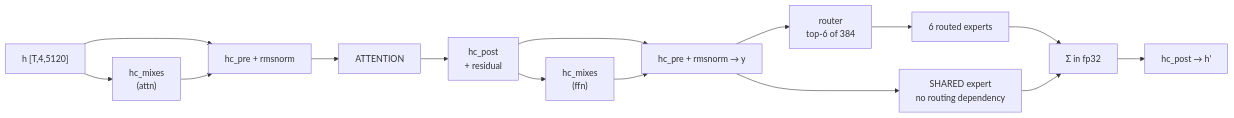
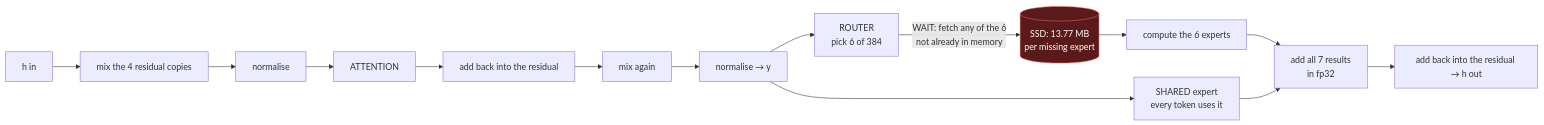
One commit to jschmied/deepseek-moe-gb10 changed the second of 4 diagrams in notes/model-dependency-graph.md. Above: the diagram before and after it, drawn with Mermaid. The commit also changed other lines of this file, not shown here.

````diff
--- a/notes/model-dependency-graph.md
+++ b/notes/model-dependency-graph.md
@@ -43,17 +75,18 @@
 ```mermaid
 flowchart LR
-  h["h [T,4,5120]"] --> hcA["hc_mixes<br/>(attn)"]
-  h --> preA["hc_pre + rmsnorm"]
-  hcA --> preA
-  preA --> attn["ATTENTION"]
-  attn --> postA["hc_post<br/>+ residual"]
-  postA --> hcF["hc_mixes<br/>(ffn)"]
-  postA --> preF["hc_pre + rmsnorm → y"]
-  hcF --> preF
-  preF --> router["router<br/>top-6 of 384"]
-  preF --> shared["SHARED expert<br/>no routing dependency"]
-  router --> experts["6 routed experts"]
-  experts --> sum["Σ in fp32"]
+  h["h in"] --> mixA["mix the 4 residual copies"]
+  mixA --> normA["normalise"]
+  normA --> attn["ATTENTION"]
+  attn --> addA["add back into the residual"]
+  addA --> mixF["mix again"]
+  mixF --> normF["normalise → y"]
+  normF --> router["ROUTER<br/>pick 6 of 384"]
+  normF --> shared["SHARED expert<br/>every token uses it"]
+  router -->|"WAIT: fetch any of the 6<br/>not already in memory"| fetch[("SSD: 13.77 MB<br/>per missing expert")]:::io
+  fetch --> experts["compute the 6 experts"]
+  experts --> sum["add all 7 results<br/>in fp32"]
   shared --> sum
-  sum --> postF["hc_post → h'"]
+  sum --> addF["add back into the residual → h out"]
+
+  classDef io fill:#5a1a1a,stroke:#d66,color:#fff
 ```
````
